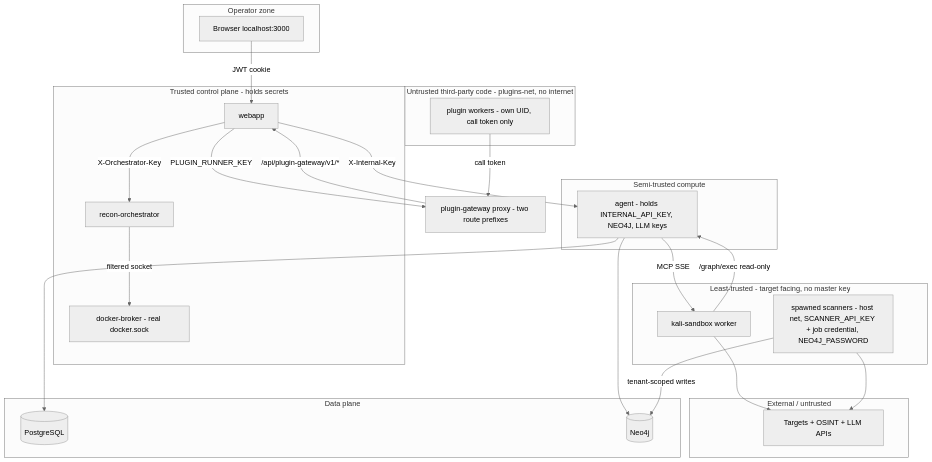
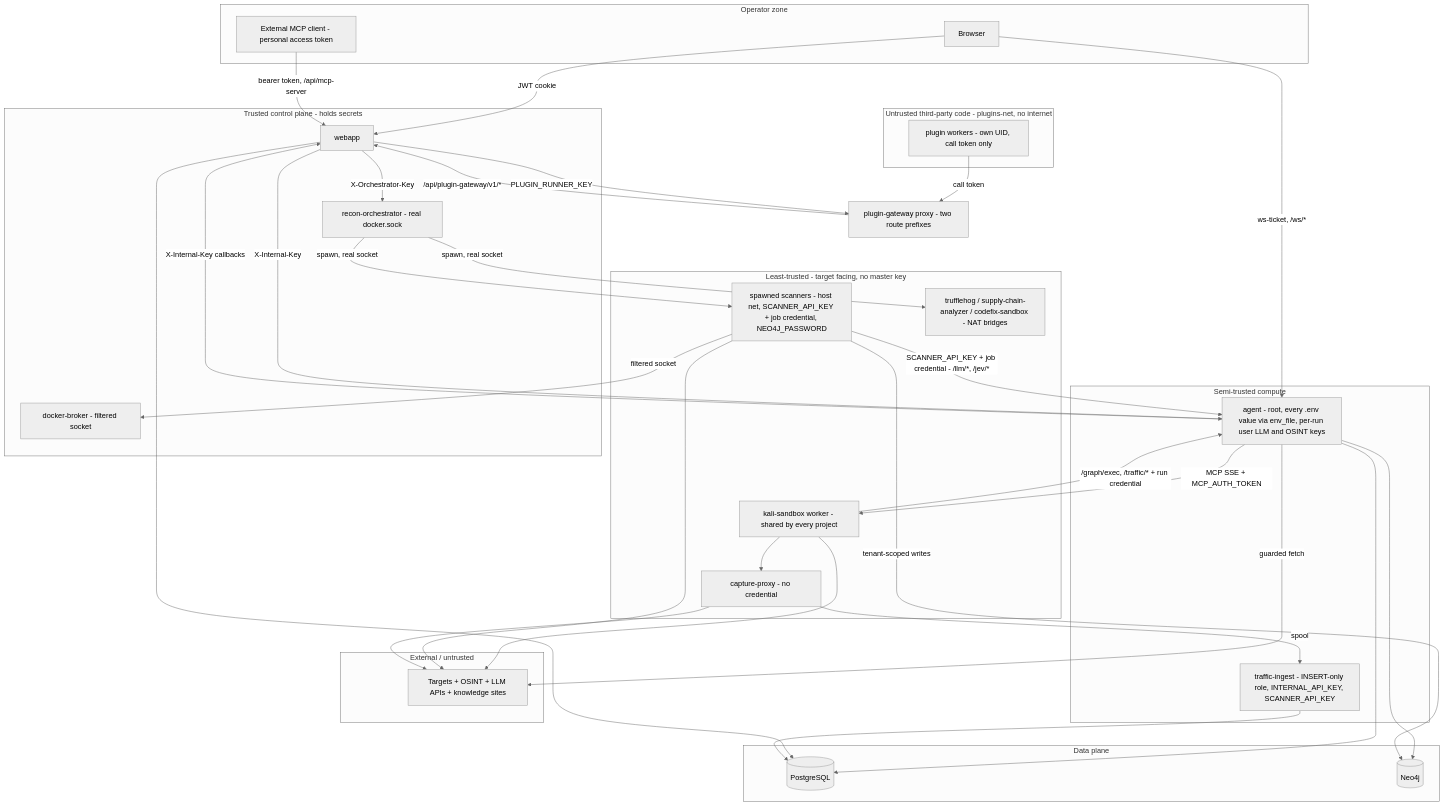
Before and after one commit to samugit83/redamon: the fourth of 4 diagrams in docs/readmes/README.TM.SYSTEM_OVERVIEW.md, drawn with Mermaid (neutral theme). The commit also changed other lines of this file, not shown here.

First line of the commit message:
docs(threat-model): the system overview covers accounts and sharing, and the features that read untrusted content

````diff
--- a/docs/readmes/README.TM.SYSTEM_OVERVIEW.md
+++ b/docs/readmes/README.TM.SYSTEM_OVERVIEW.md
@@ -536,44 +800,60 @@
 ```mermaid
 graph TB
     subgraph TB0 [Operator zone]
-        BROWSER[Browser localhost:3000]
+        BROWSER[Browser]
+        MCPC[External MCP client - personal access token]
     end
     subgraph TB1 [Trusted control plane - holds secrets]
         WEB[webapp]
-        ORCH[recon-orchestrator]
-        BROKER[docker-broker - real docker.sock]
+        ORCH[recon-orchestrator - real docker.sock]
+        BROKER[docker-broker - filtered socket]
     end
     subgraph TB2 [Data plane]
         PG[(PostgreSQL)]
         NEO[(Neo4j)]
     end
     subgraph TB3 [Semi-trusted compute]
-        AGENT[agent - holds INTERNAL_API_KEY, NEO4J, LLM keys]
+        AGENT[agent - root, every .env value via env_file, per-run user LLM and OSINT keys]
+        INGEST[traffic-ingest - INSERT-only role, INTERNAL_API_KEY, SCANNER_API_KEY]
     end
     subgraph TB4 [Least-trusted - target facing, no master key]
-        KALI[kali-sandbox worker]
+        KALI[kali-sandbox worker - shared by every project]
         SCAN[spawned scanners - host net, SCANNER_API_KEY + job credential, NEO4J_PASSWORD]
+        CAP[capture-proxy - no credential]
+        SEALED[trufflehog / supply-chain-analyzer / codefix-sandbox - NAT bridges]
     end
     subgraph TB5 [External / untrusted]
-        TGT[Targets + OSINT + LLM APIs]
+        TGT[Targets + OSINT + LLM APIs + knowledge sites]
     end
     subgraph TB6 [Untrusted third-party code - plugins-net, no internet]
         PW[plugin workers - own UID, call token only]
     end
     PGW[plugin-gateway proxy - two route prefixes]
 
     BROWSER -->|JWT cookie| WEB
+    BROWSER -->|ws-ticket, /ws/*| AGENT
+    MCPC -->|bearer token, /api/mcp-server| WEB
     PW -->|call token| PGW
     PGW -->|/api/plugin-gateway/v1/*| WEB
     WEB -->|PLUGIN_RUNNER_KEY| PGW
     WEB -->|X-Orchestrator-Key| ORCH
     WEB -->|X-Internal-Key| AGENT
-    AGENT -->|MCP SSE| KALI
-    KALI -->|/graph/exec read-only| AGENT
-    ORCH -->|filtered socket| BROKER
+    AGENT -->|X-Internal-Key callbacks| WEB
+    AGENT -->|MCP SSE + MCP_AUTH_TOKEN| KALI
+    KALI -->|/graph/exec, /traffic/* + run credential| AGENT
+    SCAN -->|SCANNER_API_KEY + job credential - /llm/*, /jev/*| AGENT
+    SCAN -->|filtered socket| BROKER
+    ORCH -->|spawn, real socket| SCAN
+    ORCH -->|spawn, real socket| SEALED
     AGENT --> NEO
     AGENT --> PG
+    WEB --> PG
+    INGEST --> PG
+    KALI --> CAP
+    CAP -->|spool| INGEST
     KALI --> TGT
     SCAN --> TGT
+    CAP --> TGT
+    AGENT -->|guarded fetch| TGT
     SCAN -->|tenant-scoped writes| NEO
 ```
````
